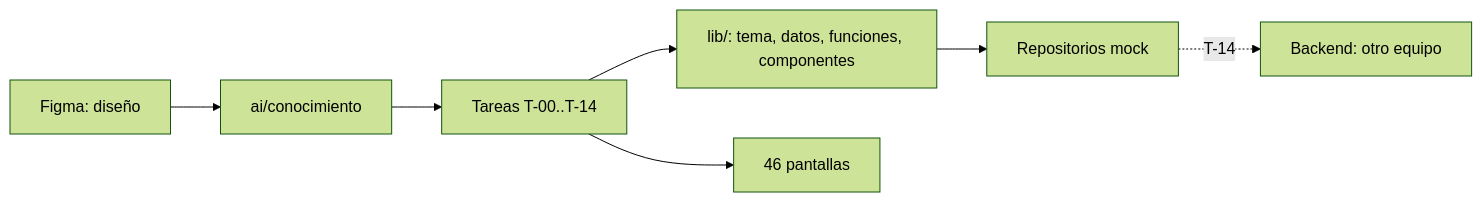
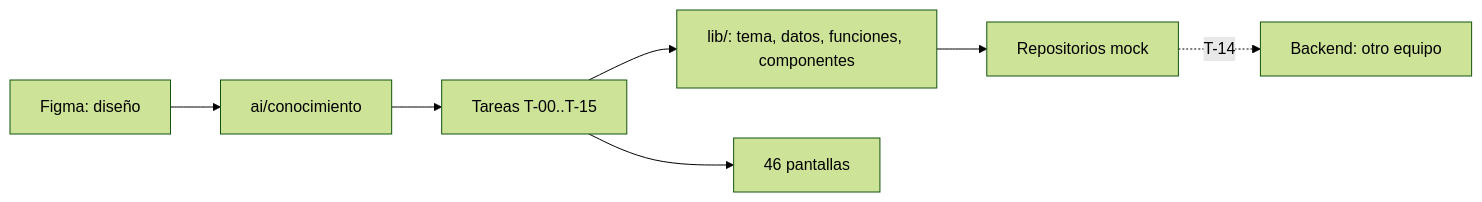
The diagram in ai/grafo.md (JILAJ06/AboGator-Frontend), drawn with Mermaid (forest theme) before and after one commit. The commit also changed other lines of this file and 2 other files, not shown here.

````diff
--- a/ai/grafo.md
+++ b/ai/grafo.md
@@ -14,9 +14,9 @@
 ```mermaid
 flowchart LR
   FIGMA[Figma: diseño] --> DOC[ai/conocimiento]
-  DOC --> TAREAS[Tareas T-00..T-14]
+  DOC --> TAREAS[Tareas T-00..T-15]
   TAREAS --> CODIGO[lib/: tema, datos, funciones, componentes]
   CODIGO --> MOCKS[Repositorios mock]
   MOCKS -.T-14.-> API[Backend: otro equipo]
   TAREAS --> PANT[46 pantallas]
 ```
````
